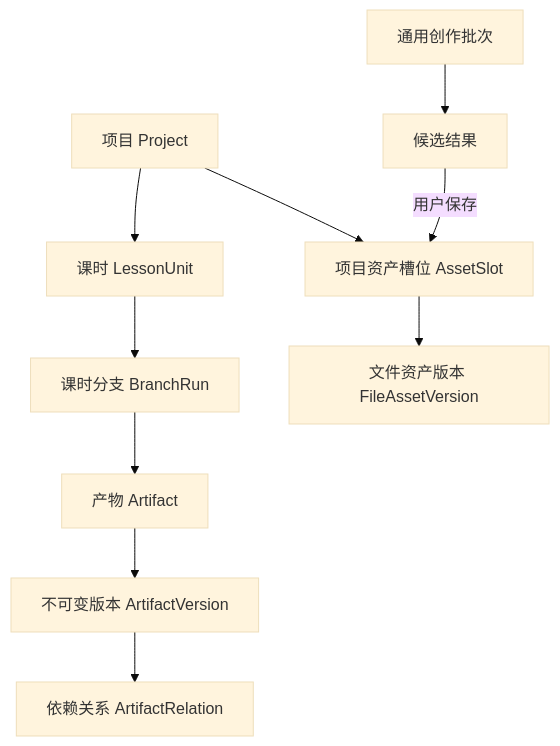
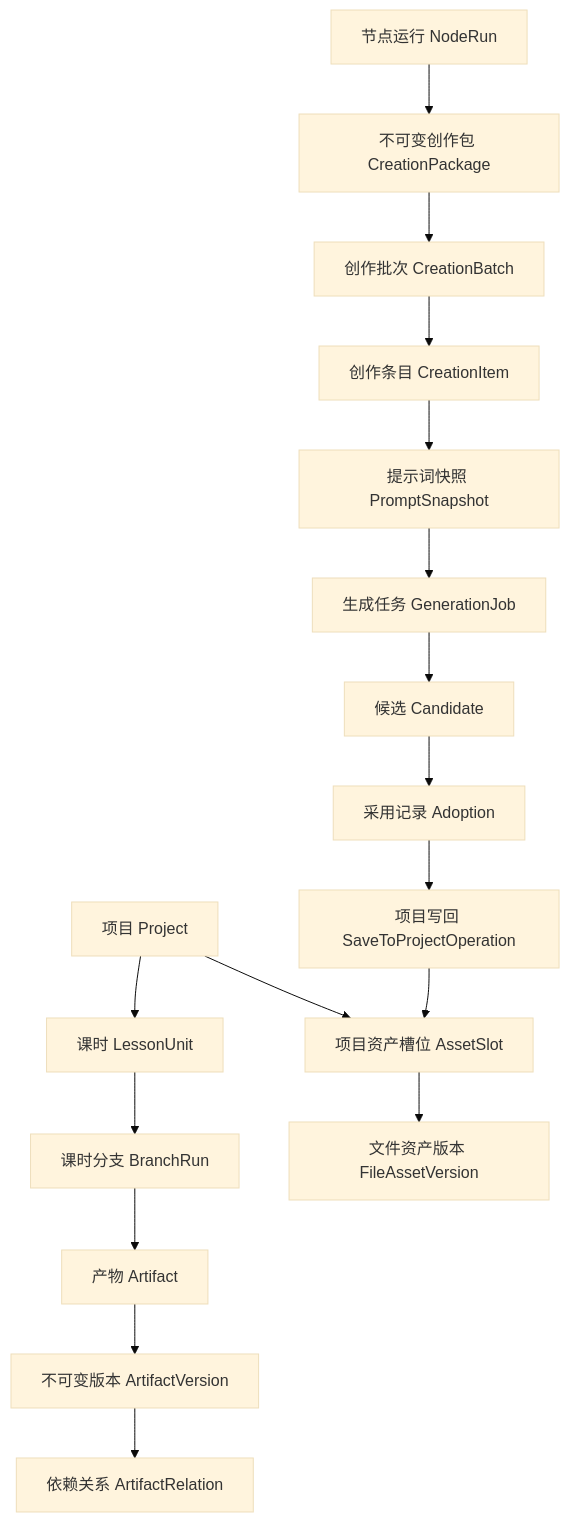
Before and after one commit to DOIT-Ben/ShanHaiEdu-kejian-system: the diagram in docs/backend/01_领域模型与资产版本.md, drawn with Mermaid (base theme). The commit also changed other lines of this file and 19 other files, not shown here.

````diff
--- a/docs/backend/01_领域模型与资产版本.md
+++ b/docs/backend/01_领域模型与资产版本.md
@@ -5,12 +5,19 @@
 ```mermaid
 flowchart TD
     P["项目 Project"] --> L["课时 LessonUnit"]
     L --> B["课时分支 BranchRun"]
     B --> A["产物 Artifact"]
     A --> V["不可变版本 ArtifactVersion"]
     V --> R["依赖关系 ArtifactRelation"]
     P --> S["项目资产槽位 AssetSlot"]
     S --> F["文件资产版本 FileAssetVersion"]
-    C["通用创作批次"] --> G["候选结果"]
-    G -->|用户保存| S
+    N["节点运行 NodeRun"] --> CP["不可变创作包 CreationPackage"]
+    CP --> C["创作批次 CreationBatch"]
+    C --> I["创作条目 CreationItem"]
+    I --> PS["提示词快照 PromptSnapshot"]
+    PS --> G["生成任务 GenerationJob"]
+    G --> CAND["候选 Candidate"]
+    CAND --> AD["采用记录 Adoption"]
+    AD --> OP["项目写回 SaveToProjectOperation"]
+    OP --> S
 ```
````
